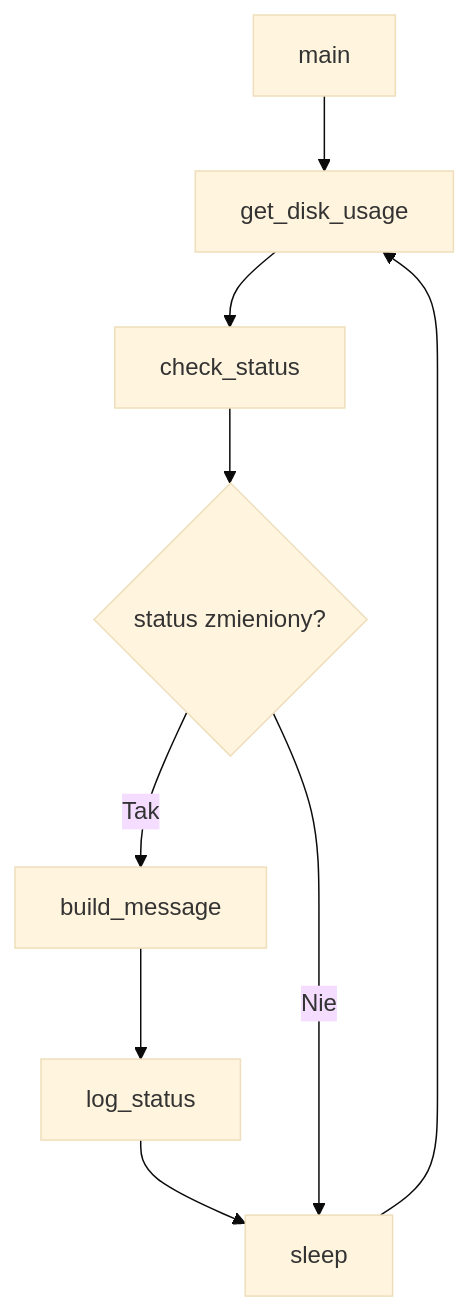
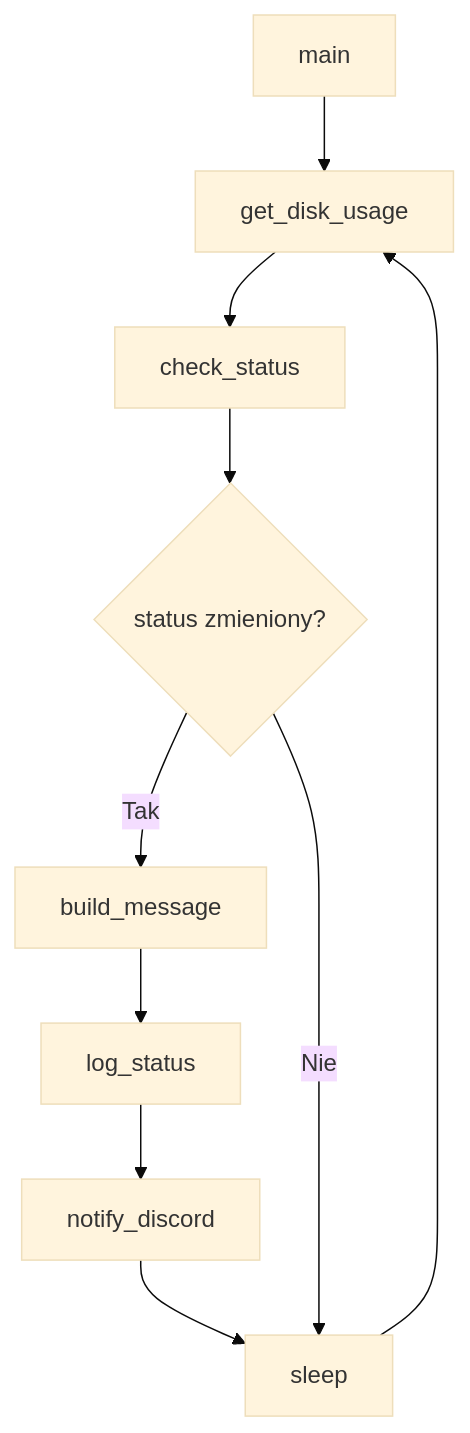
The diagram in disk_health_checker/README.md (matefio17/Python_Projects), drawn with Mermaid (base theme) before and after one commit. The commit also changed other lines of this file, not shown here.

Commit message:
feat: add discord notification support and refactor logging

````diff
--- a/disk_health_checker/README.md
+++ b/disk_health_checker/README.md
@@ -61,11 +69,12 @@
 ```mermaid
 flowchart TD
     A[main] --> B[get_disk_usage]
     B --> C[check_status]
     C --> D{status zmieniony?}
     D -- Tak --> E[build_message]
     E --> F[log_status]
-    F --> G[sleep]
+    F --> H[notify_discord]
+    H --> G[sleep]
     D -- Nie --> G
     G --> B
 ```
````
